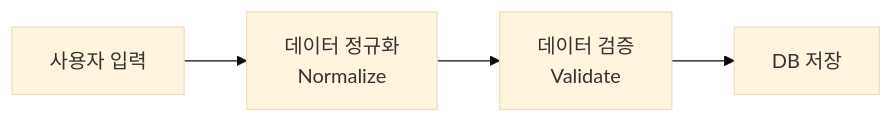
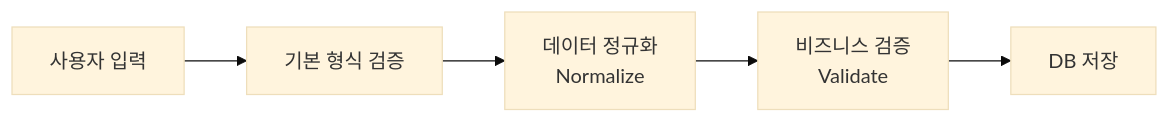
The first of 2 diagrams in _posts/2026-03-22-normalize.md (sanghoon-lee/sanghoon-lee.github.io), drawn with Mermaid (base theme) before and after one commit. The commit also changed other lines of this file, not shown here.

````diff
--- a/_posts/2026-03-22-normalize.md
+++ b/_posts/2026-03-22-normalize.md
@@ -143,12 +143,14 @@
 ```mermaid
 flowchart LR
 
 A[사용자 입력]
-B[데이터 정규화<br/>Normalize]
-C[데이터 검증<br/>Validate]
-D[DB 저장]
+B[기본 형식 검증]
+C[데이터 정규화<br/>Normalize]
+D[비즈니스 검증<br/>Validate]
+E[DB 저장]
 
 A --> B
 B --> C
 C --> D
+D --> E
 ```
````
